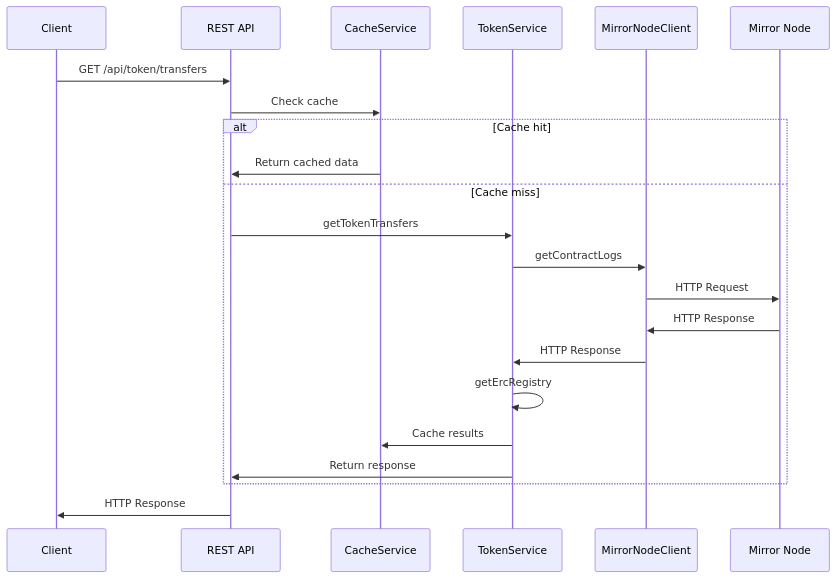
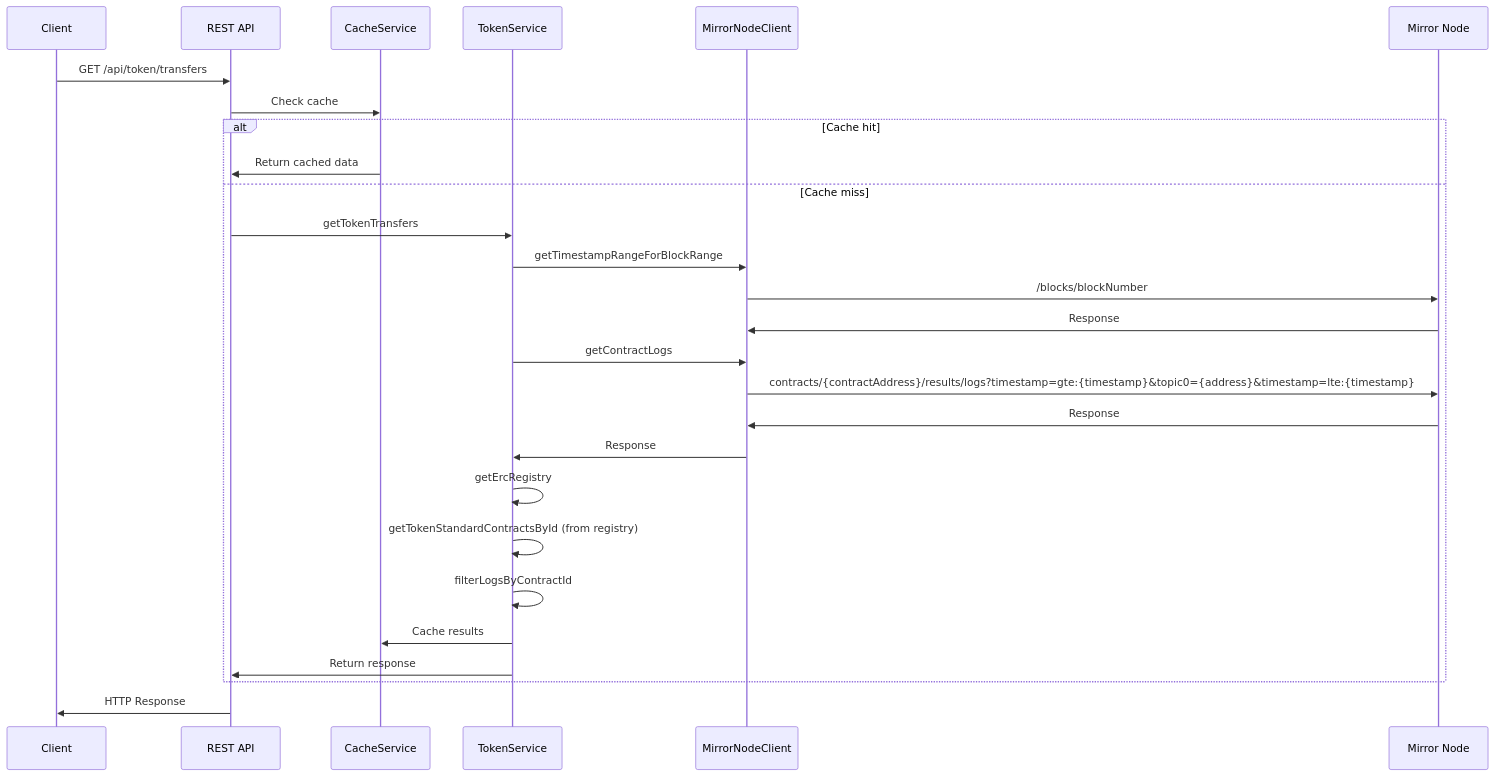
The diagram in docs/design/additional-endpoints.md (hashgraph/hedera-json-rpc-relay), drawn with Mermaid before and after one commit. The commit also changed other lines of this file, not shown here.

Commit message:
Address comments and expand the design doc

````diff
--- a/docs/design/additional-endpoints.md
+++ b/docs/design/additional-endpoints.md
@@ -119,18 +144,23 @@
 ```mermaid
 sequenceDiagram
     Client->>REST API: GET /api/token/transfers
     REST API->>CacheService: Check cache
     alt Cache hit
         CacheService->>REST API: Return cached data
     else Cache miss
         REST API->>TokenService: getTokenTransfers
+        TokenService->>MirrorNodeClient: getTimestampRangeForBlockRange
+        MirrorNodeClient->>Mirror Node: /blocks/blockNumber
+        Mirror Node->>MirrorNodeClient: Response
         TokenService->>MirrorNodeClient: getContractLogs
-        MirrorNodeClient->>Mirror Node: HTTP Request
-        Mirror Node->>MirrorNodeClient: HTTP Response
-        MirrorNodeClient->>TokenService: HTTP Response
+        MirrorNodeClient->>Mirror Node: contracts/{contractAddress}/results/logs?timestamp=gte:{timestamp}&topic0={address}&timestamp=lte:{timestamp}
+        Mirror Node->>MirrorNodeClient: Response
+        MirrorNodeClient->>TokenService: Response
         TokenService->>TokenService: getErcRegistry
+        TokenService->>TokenService: getTokenStandardContractsById (from registry)
+        TokenService->>TokenService: filterLogsByContractId
         TokenService->>CacheService: Cache results
         TokenService->>REST API: Return response
     end
     REST API->>Client: HTTP Response
 ```
````
